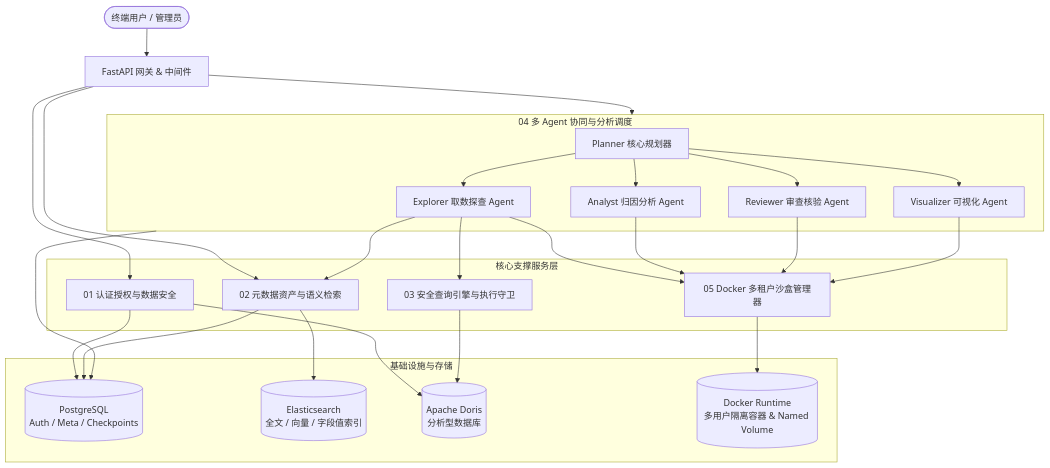
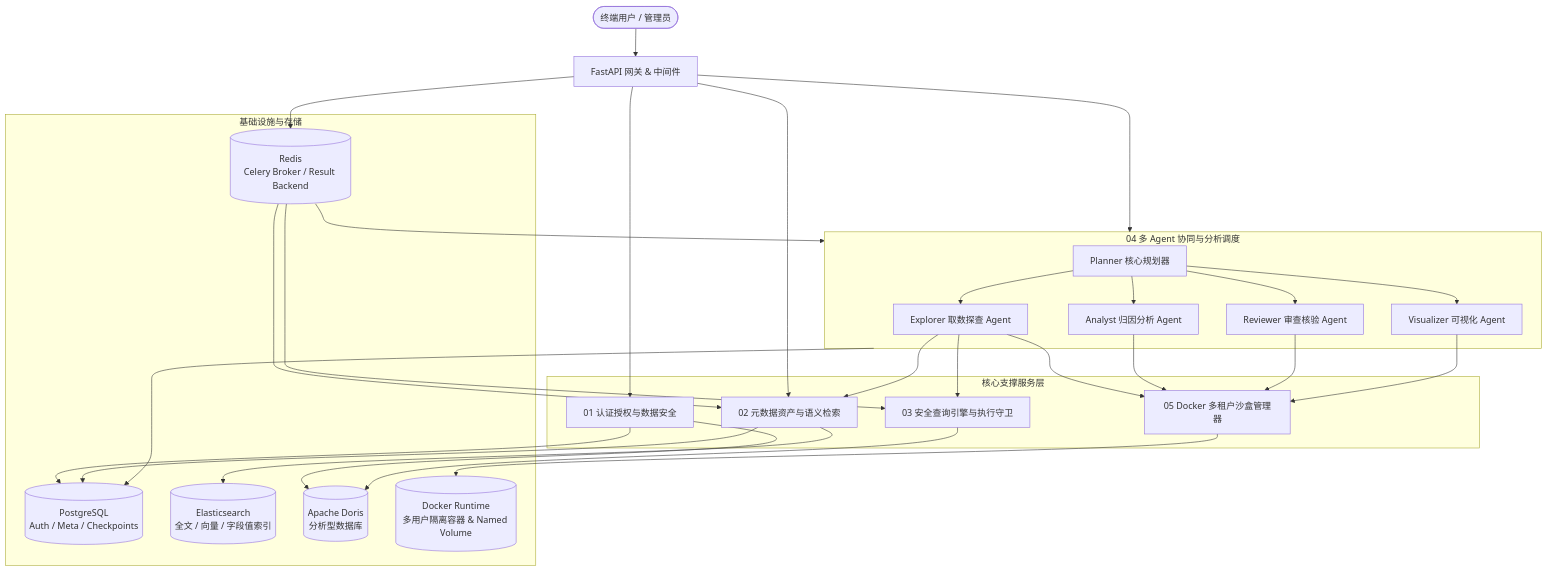
The first of 2 diagrams in docs/00_ARCHITECTURE_OVERVIEW.md (2739673455/dataagent), drawn with Mermaid before and after one commit. The commit also changed other lines of this file and 103 other files, not shown here.

````diff
--- a/docs/00_ARCHITECTURE_OVERVIEW.md
+++ b/docs/00_ARCHITECTURE_OVERVIEW.md
@@ -7,41 +7,44 @@
 ```mermaid
 flowchart TD
     User([终端用户 / 管理员]) --> Gateway[FastAPI 网关 & 中间件]
     
     subgraph CoreServices [核心支撑服务层]
         Auth[01 认证授权与数据安全]
         Meta[02 元数据资产与语义检索]
         Query[03 安全查询引擎与执行守卫]
         SandboxMgr[05 Docker 多租户沙盒管理器]
     end
 
     subgraph AgentLayer [04 多 Agent 协同与分析调度]
         Planner[Planner 核心规划器]
         Explorer[Explorer 取数探查 Agent]
         Analyst[Analyst 归因分析 Agent]
         Reviewer[Reviewer 审查核验 Agent]
         Visualizer[Visualizer 可视化 Agent]
     end
 
     subgraph StorageLayer [基础设施与存储]
         PG[(PostgreSQL\nAuth / Meta / Checkpoints)]
         ES[(Elasticsearch\n全文 / 向量 / 字段值索引)]
         Doris[(Apache Doris\n分析型数据库)]
         Docker[(Docker Runtime\n多用户隔离容器 & Named Volume)]
+        Redis[(Redis\nCelery Broker / Result Backend)]
     end
 
     Gateway --> Auth
     Gateway --> Meta
     Gateway --> AgentLayer
     
     Planner --> Explorer & Analyst & Reviewer & Visualizer
     Explorer --> Query
     Explorer --> Meta
     Explorer & Analyst & Reviewer & Visualizer --> SandboxMgr
     
     Auth --> PG & Doris
     Meta --> PG & ES
     Query --> Doris
     SandboxMgr --> Docker
     AgentLayer --> PG
+    Gateway --> Redis
+    Redis --> Meta & Query & AgentLayer
 ```
````
